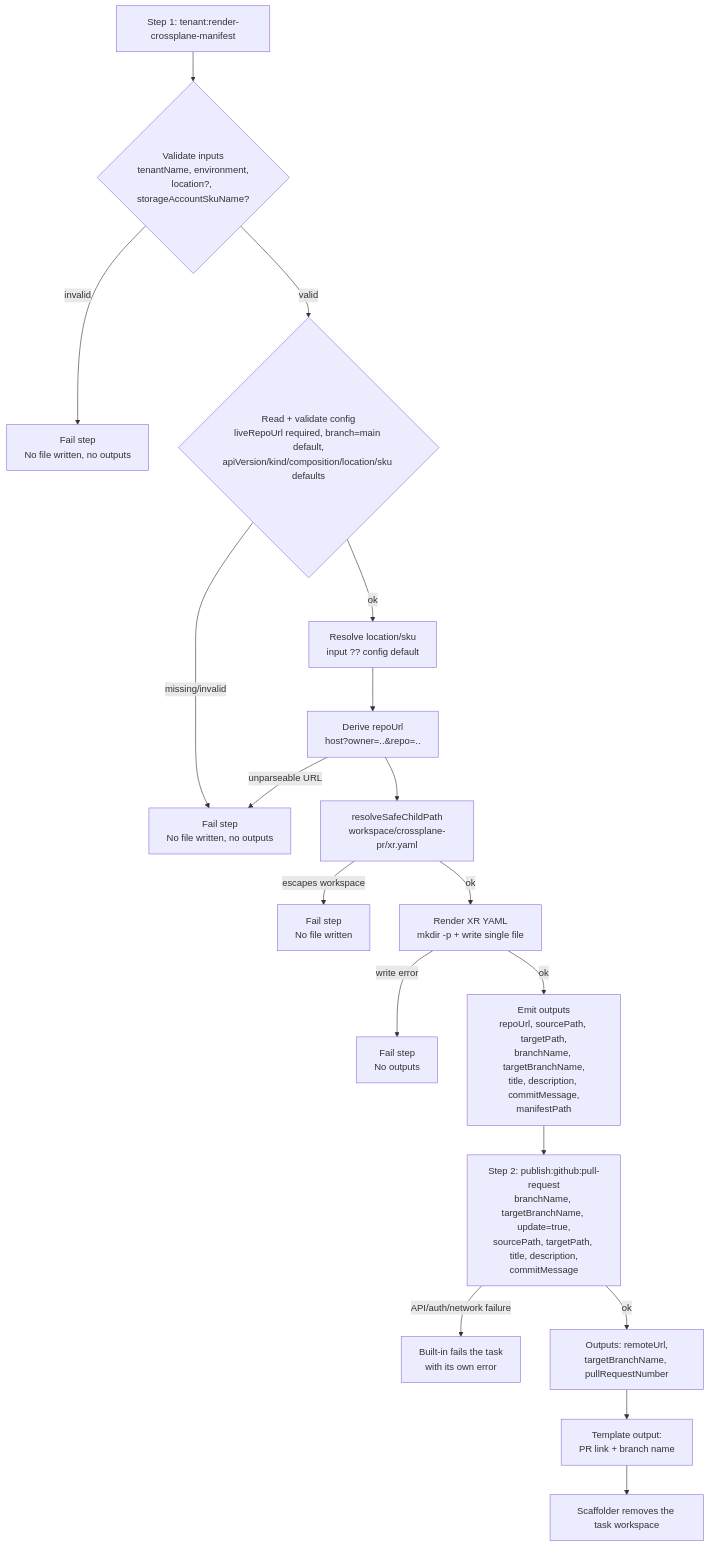
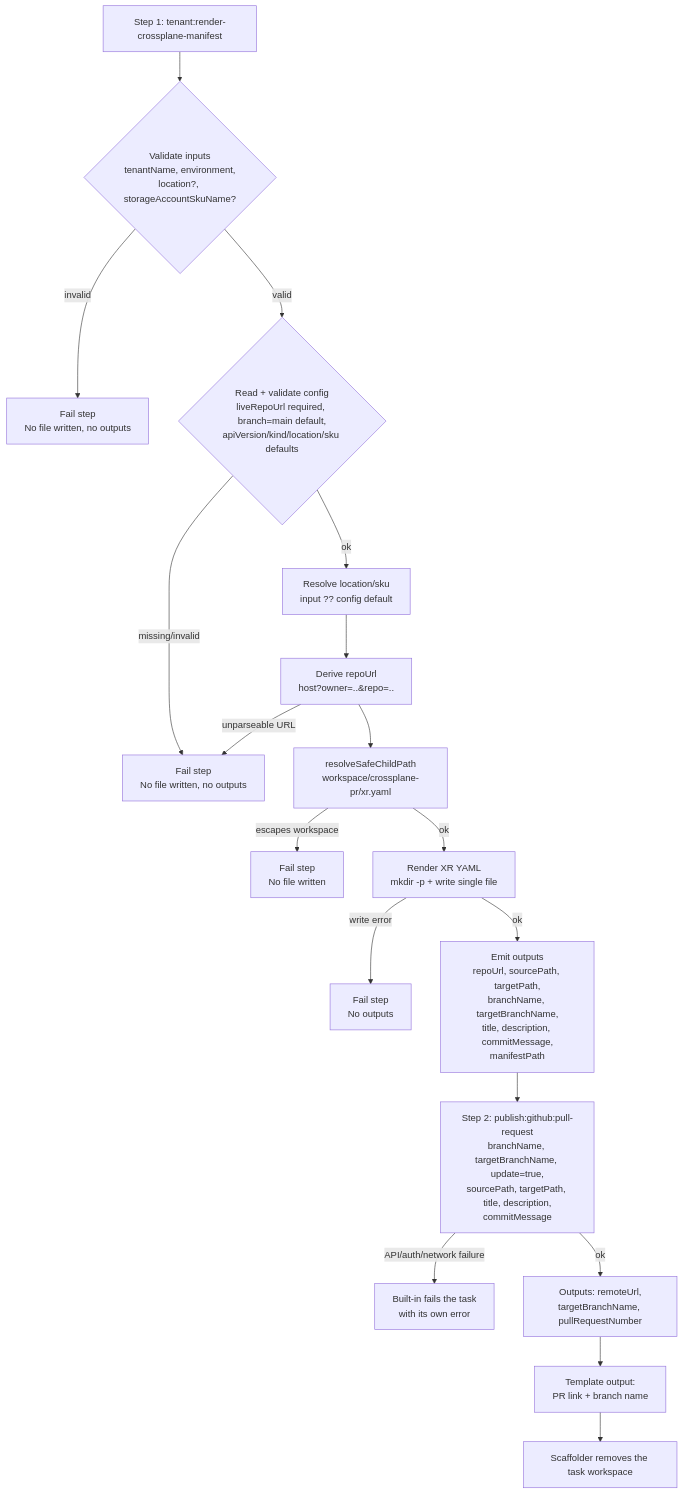
Before and after one commit to cuongnq-prdcv/backstage: the diagram in .kiro/specs/tenant-provision-crossplane/design.md, drawn with Mermaid. The commit also changed other lines of this file and 10 other files, not shown here.

````diff
--- a/.kiro/specs/tenant-provision-crossplane/design.md
+++ b/.kiro/specs/tenant-provision-crossplane/design.md
@@ -157,20 +158,20 @@
 ```mermaid
 flowchart TD
     A[Step 1: tenant:render-crossplane-manifest] --> B{Validate inputs\ntenantName, environment,\nlocation?, storageAccountSkuName?}
     B -- invalid --> BX[Fail step\nNo file written, no outputs]
-    B -- valid --> C{Read + validate config\nliveRepoUrl required, branch=main default,\napiVersion/kind/composition/location/sku defaults}
+    B -- valid --> C{Read + validate config\nliveRepoUrl required, branch=main default,\napiVersion/kind/location/sku defaults}
     C -- missing/invalid --> CX[Fail step\nNo file written, no outputs]
     C -- ok --> D[Resolve location/sku\ninput ?? config default]
     D --> E[Derive repoUrl\nhost?owner=..&repo=..]
     E -- unparseable URL --> CX
     E --> F[resolveSafeChildPath\nworkspace/crossplane-pr/xr.yaml]
     F -- escapes workspace --> FX[Fail step\nNo file written]
     F -- ok --> G[Render XR YAML\nmkdir -p + write single file]
     G -- write error --> GX[Fail step\nNo outputs]
     G -- ok --> H[Emit outputs\nrepoUrl, sourcePath, targetPath,\nbranchName, targetBranchName,\ntitle, description, commitMessage,\nmanifestPath]
     H --> I[Step 2: publish:github:pull-request\nbranchName, targetBranchName, update=true,\nsourcePath, targetPath, title, description,\ncommitMessage]
     I -- API/auth/network failure --> IX[Built-in fails the task\nwith its own error]
     I -- ok --> J[Outputs: remoteUrl,\ntargetBranchName, pullRequestNumber]
     J --> K[Template output:\nPR link + branch name]
     K --> L[Scaffolder removes the task workspace]
 ```
````
